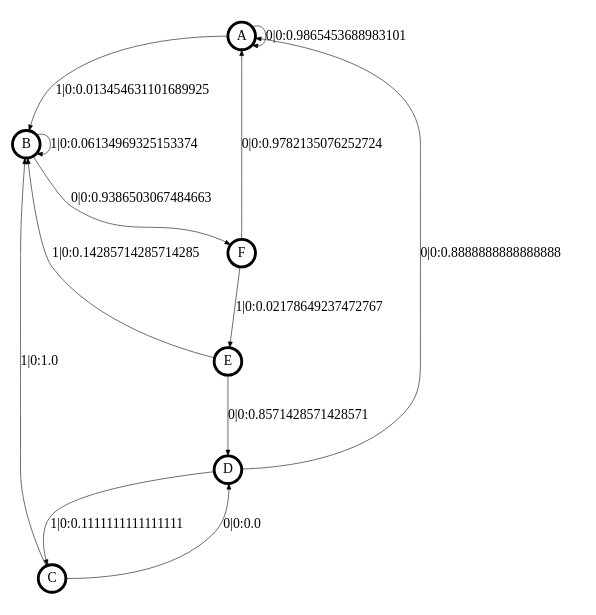
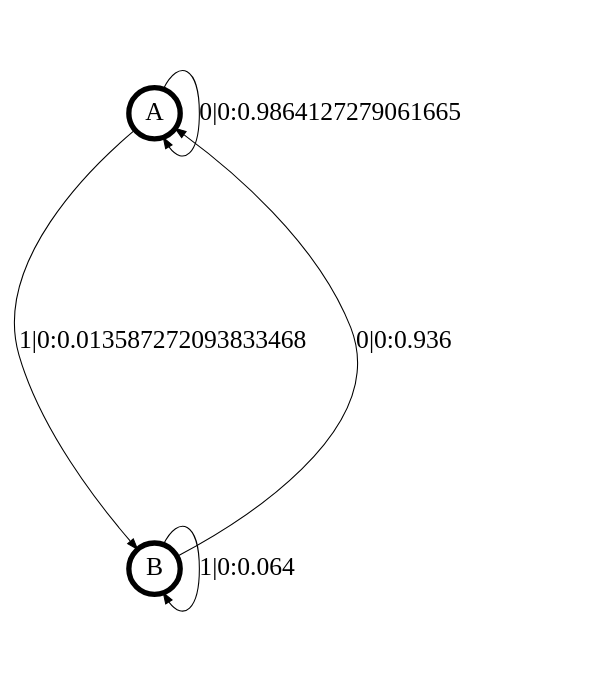
The diagram in transCSSR-master/transCSSR_results/+user47.dot (OdalysBar/HonorsThesis-TikTok), drawn with Graphviz before and after one commit. The commit also changed 275 other files, not shown here.

```diff
--- a/transCSSR-master/transCSSR_results/+user47.dot
+++ b/transCSSR-master/transCSSR_results/+user47.dot
@@ -1,24 +1,16 @@
 digraph  {
 size = "6,8.5";
 ratio = "fill";
 node
 [shape = circle];
 node [fontsize = 24];
 node [penwidth = 5];
 edge [fontsize = 24];
 node [fontname = "CMU Serif Roman"];
 graph [fontname = "CMU Serif Roman"];
 edge [fontname = "CMU Serif Roman"];
-A -> A [label = "0|0:0.9865453688983101\l"];
-A -> B [label = "1|0:0.013454631101689925\l"];
-B -> B [label = "1|0:0.06134969325153374\l"];
-B -> F [label = "0|0:0.9386503067484663\l"];
-C -> B [label = "1|0:1.0\l"];
-C -> D [label = "0|0:0.0\l"];
-D -> A [label = "0|0:0.8888888888888888\l"];
-D -> C [label = "1|0:0.1111111111111111\l"];
-E -> B [label = "1|0:0.14285714285714285\l"];
-E -> D [label = "0|0:0.8571428571428571\l"];
-F -> A [label = "0|0:0.9782135076252724\l"];
-F -> E [label = "1|0:0.02178649237472767\l"];
+A -> A [label = "0|0:0.9864127279061665\l"];
+A -> B [label = "1|0:0.013587272093833468\l"];
+B -> A [label = "0|0:0.936\l"];
+B -> B [label = "1|0:0.064\l"];
 }
```
